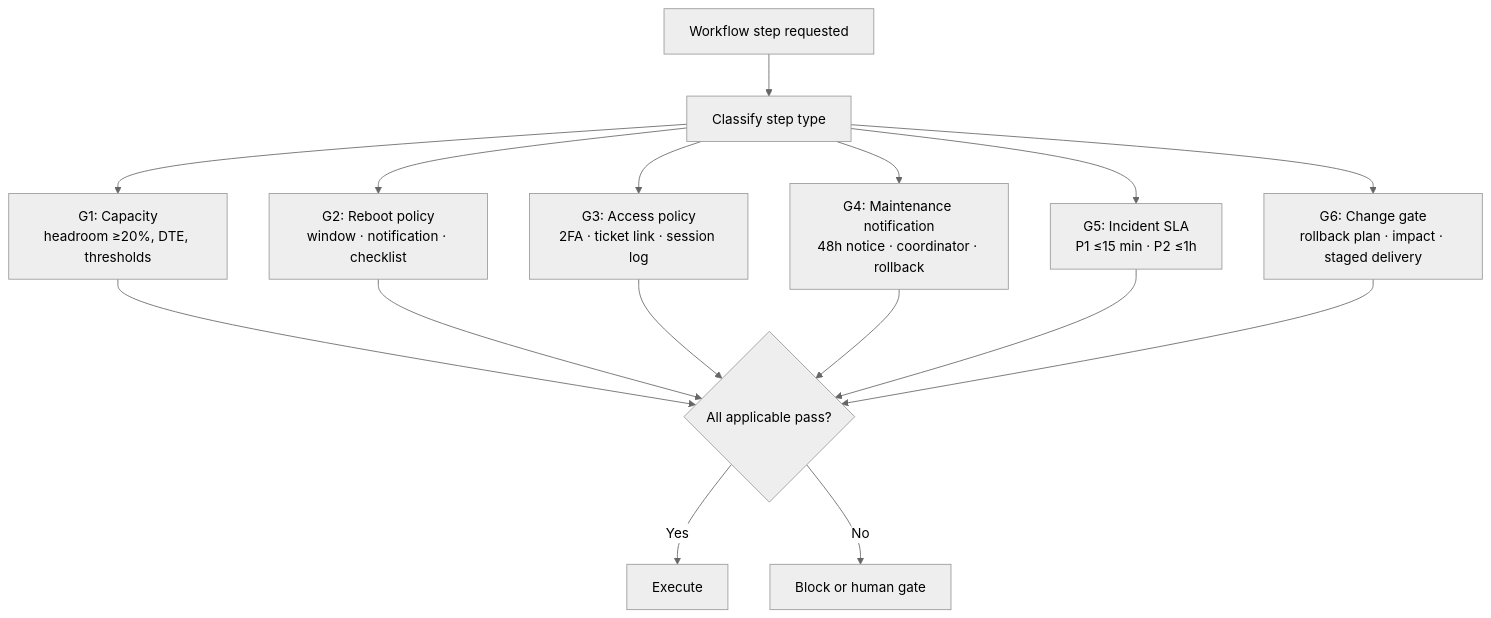
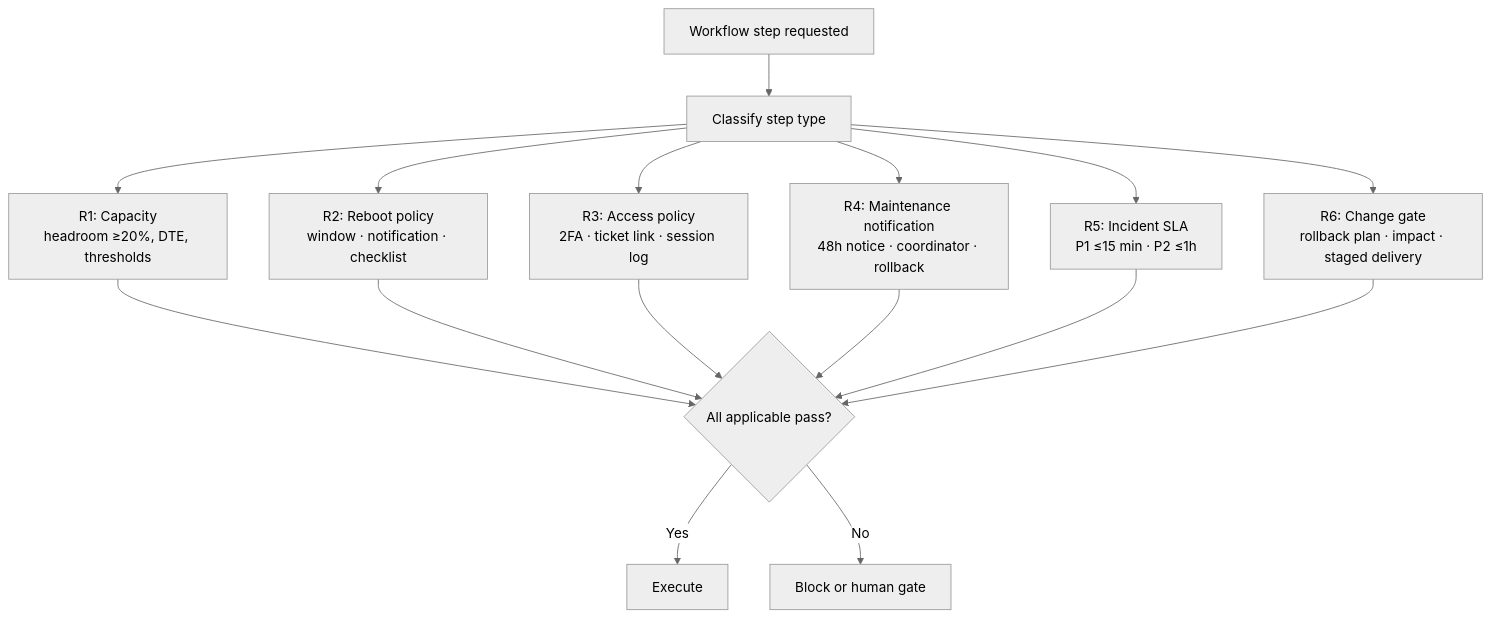
Before and after one commit to dmitrij-petrov/ai-infra-workflows: the second of 2 diagrams in README.md, drawn with Mermaid (neutral theme). The commit also changed other lines of this file and 4 other files, not shown here.

````diff
--- a/README.md
+++ b/README.md
@@ -86,13 +86,13 @@
 ```mermaid
 flowchart TD
     S[Workflow step requested] --> C[Classify step type]
-    C --> G1[G1: Capacity\nheadroom ≥20%, DTE, thresholds]
-    C --> G2[G2: Reboot policy\nwindow · notification · checklist]
-    C --> G3[G3: Access policy\n2FA · ticket link · session log]
-    C --> G4[G4: Maintenance notification\n48h notice · coordinator · rollback]
-    C --> G5[G5: Incident SLA\nP1 ≤15 min · P2 ≤1h]
-    C --> G6[G6: Change gate\nrollback plan · impact · staged delivery]
-    G1 & G2 & G3 & G4 & G5 & G6 --> R{All applicable pass?}
+    C --> R1[R1: Capacity\nheadroom ≥20%, DTE, thresholds]
+    C --> R2[R2: Reboot policy\nwindow · notification · checklist]
+    C --> R3[R3: Access policy\n2FA · ticket link · session log]
+    C --> R4[R4: Maintenance notification\n48h notice · coordinator · rollback]
+    C --> R5[R5: Incident SLA\nP1 ≤15 min · P2 ≤1h]
+    C --> R6[R6: Change gate\nrollback plan · impact · staged delivery]
+    R1 & R2 & R3 & R4 & R5 & R6 --> R{All applicable pass?}
     R -->|Yes| E[Execute]
     R -->|No| H[Block or human gate]
 ```
````
